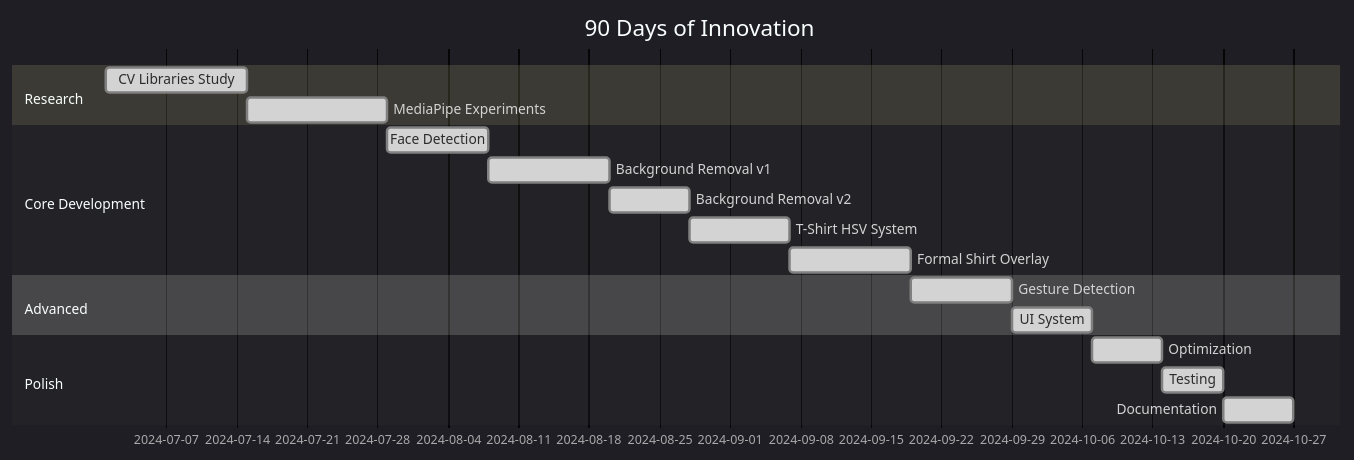
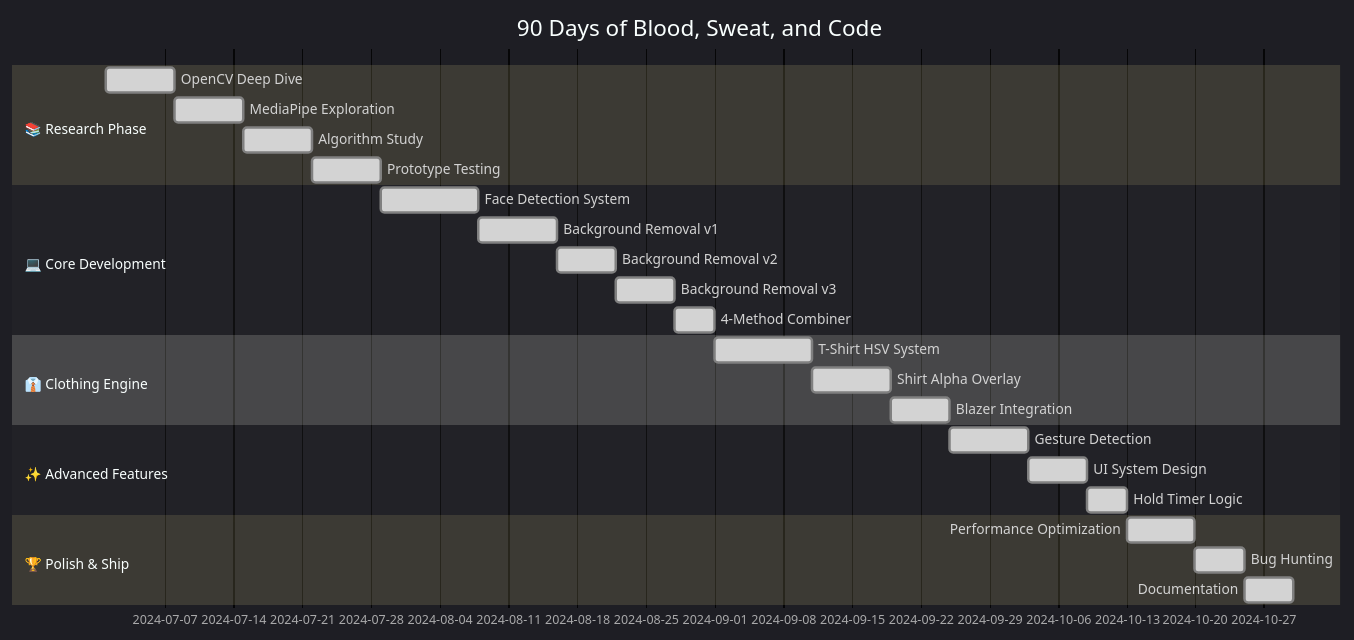
The third of 3 diagrams in readme.md (alam025/AI_Professional_Makeover), drawn with Mermaid before and after one commit. The commit also changed other lines of this file, not shown here.

````diff
--- a/readme.md
+++ b/readme.md
@@ -520,26 +736,34 @@
 ```mermaid
-%%{init: {'theme':'dark', 'themeVariables': { 'primaryColor':'#667EEA'}}}%%
+%%{init: {'theme':'dark', 'themeVariables': { 'primaryColor':'#667EEA','secondaryColor':'#06A77D','tertiaryColor':'#F77F00'}}}%%
 gantt
-    title 90 Days of Innovation
+    title 90 Days of Blood, Sweat, and Code
     dateFormat  YYYY-MM-DD
     
-    section Research
-    CV Libraries Study           :done, 2024-07-01, 14d
-    MediaPipe Experiments        :done, 2024-07-15, 14d
+    section 📚 Research Phase
+    OpenCV Deep Dive          :done, phase1, 2024-07-01, 7d
+    MediaPipe Exploration     :done, phase2, 2024-07-08, 7d
+    Algorithm Study           :done, phase3, 2024-07-15, 7d
+    Prototype Testing         :done, phase4, 2024-07-22, 7d
     
-    section Core Development
-    Face Detection               :done, 2024-07-29, 10d
-    Background Removal v1        :done, 2024-08-08, 12d
-    Background Removal v2        :done, 2024-08-20, 8d
-    T-Shirt HSV System          :done, 2024-08-28, 10d
-    Formal Shirt Overlay        :done, 2024-09-07, 12d
+    section 💻 Core Development
+    Face Detection System     :done, core1, 2024-07-29, 10d
+    Background Removal v1     :done, core2, 2024-08-08, 8d
+    Background Removal v2     :done, core3, 2024-08-16, 6d
+    Background Removal v3     :done, core4, 2024-08-22, 6d
+    4-Method Combiner         :done, core5, 2024-08-28, 4d
     
-    section Advanced
-    Gesture Detection            :done, 2024-09-19, 10d
-    UI System                    :done, 2024-09-29, 8d
+    section 👔 Clothing Engine
+    T-Shirt HSV System        :done, cloth1, 2024-09-01, 10d
+    Shirt Alpha Overlay       :done, cloth2, 2024-09-11, 8d
+    Blazer Integration        :done, cloth3, 2024-09-19, 6d
     
-    section Polish
-    Optimization                 :done, 2024-10-07, 7d
-    Testing                      :done, 2024-10-14, 6d
-    Documentation                :done, 2024-10-20, 7d
+    section ✨ Advanced Features
+    Gesture Detection         :done, adv1, 2024-09-25, 8d
+    UI System Design          :done, adv2, 2024-10-03, 6d
+    Hold Timer Logic          :done, adv3, 2024-10-09, 4d
+    
+    section 🏆 Polish & Ship
+    Performance Optimization  :done, final1, 2024-10-13, 7d
+    Bug Hunting               :done, final2, 2024-10-20, 5d
+    Documentation             :done, final3, 2024-10-25, 5d
 ```
````
